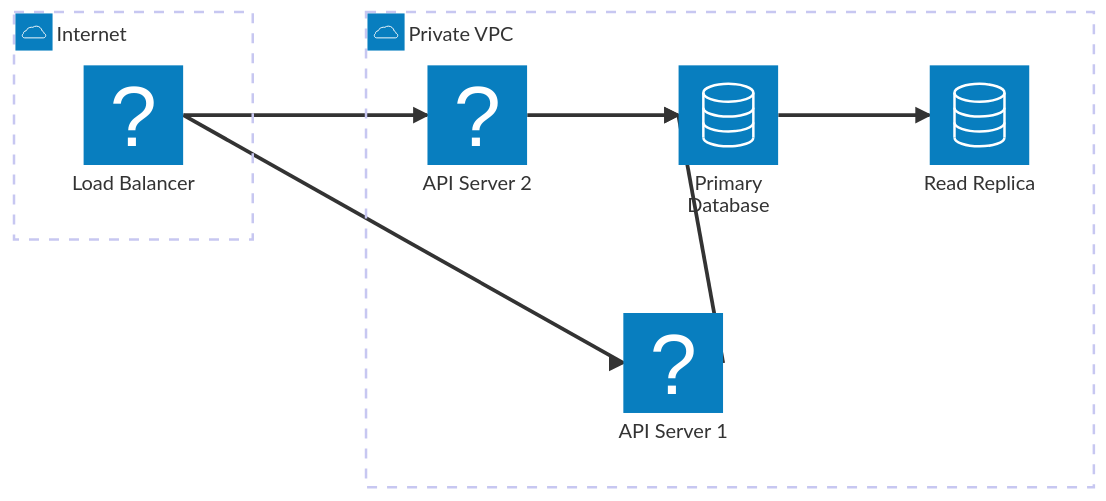
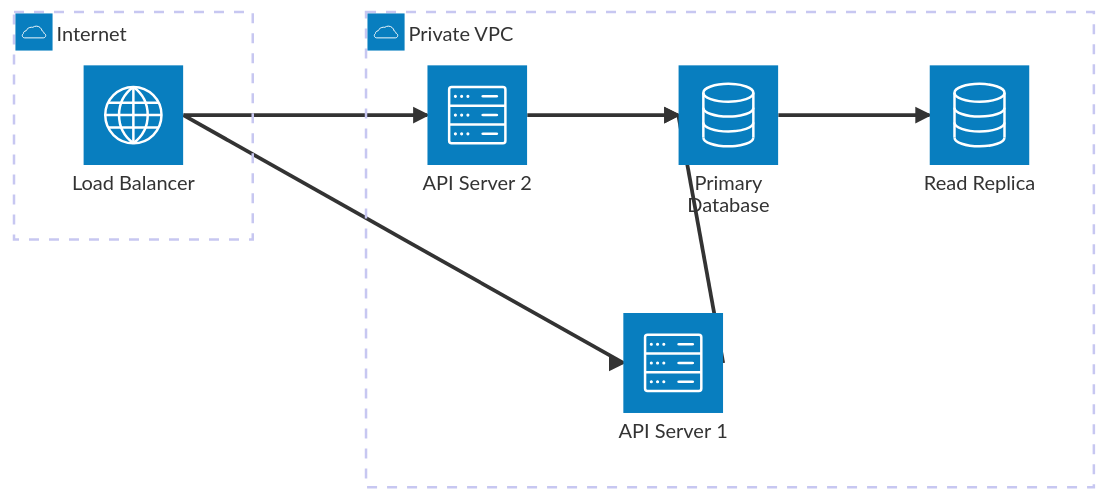
The eighth of 9 diagrams in mermaid/references/architecture-diagrams.md (mitch-avis/agent-skills), drawn with Mermaid before and after one commit. The commit also changed other lines of this file and 45 other files, not shown here.

````diff
--- a/mermaid/references/architecture-diagrams.md
+++ b/mermaid/references/architecture-diagrams.md
@@ -139,17 +139,17 @@
 ```mermaid
 architecture-beta
     group internet(cloud)[Internet]
     group private_vpc(cloud)[Private VPC]
 
-    service lb(load_balancer)[Load Balancer] in internet
-    service api1(api)[API Server 1] in private_vpc
-    service api2(api)[API Server 2] in private_vpc
+    service lb(internet)[Load Balancer] in internet
+    service api1(server)[API Server 1] in private_vpc
+    service api2(server)[API Server 2] in private_vpc
     service db(database)[Primary Database] in private_vpc
     service replica(database)[Read Replica] in private_vpc
 
     lb:R --> L:api1
     lb:R --> L:api2
     api1:R --> L:db
     api2:R --> L:db
     db:R --> L:replica
 ```
````
